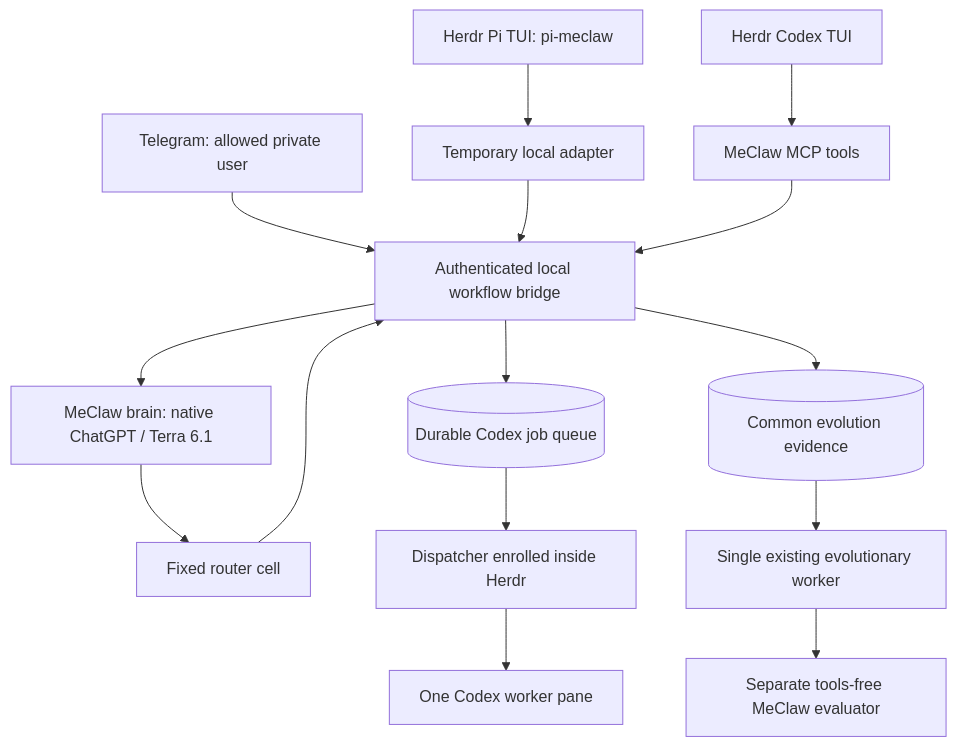
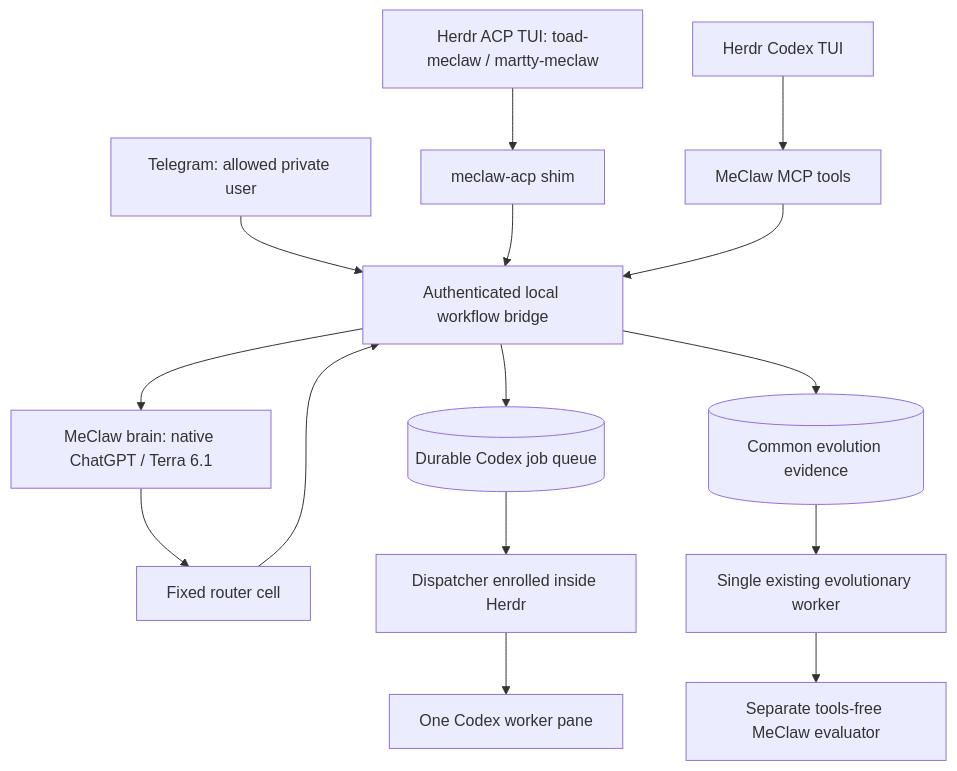
The diagram in doc/ai-workflow/MECLAW.md (evian2389/guix-system), drawn with Mermaid before and after one commit. The commit also changed other lines of this file and 8 other files, not shown here.

````diff
--- a/doc/ai-workflow/MECLAW.md
+++ b/doc/ai-workflow/MECLAW.md
@@ -24,17 +24,17 @@
 ```mermaid
 flowchart TD
   T[Telegram: allowed private user] --> G[Authenticated local workflow bridge]
-  P[Herdr Pi TUI: pi-meclaw] --> A[Temporary local adapter]
+  P[Herdr ACP TUI: toad-meclaw / martty-meclaw] --> A[meclaw-acp shim]
   A --> G
   C[Herdr Codex TUI] --> MCP[MeClaw MCP tools]
   MCP --> G
   G --> B[MeClaw brain: native ChatGPT / Terra 6.1]
   B --> R[Fixed router cell]
   R --> G
   G --> Q[(Durable Codex job queue)]
   Q --> D[Dispatcher enrolled inside Herdr]
   D --> W[One Codex worker pane]
   G --> E[(Common evolution evidence)]
   E --> F[Single existing evolutionary worker]
   F --> V[Separate tools-free MeClaw evaluator]
 ```
````
